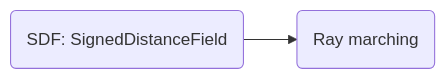
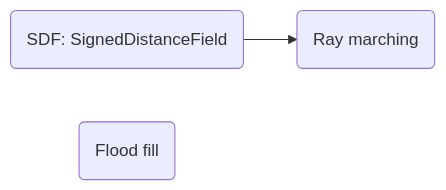
One commit to barryclark/jekyll-now changed the diagram in _includes/_shared_block/Algorithm/_graph.md. Above: the diagram before and after it, drawn with Mermaid.

Commit message:
update graph

````diff
--- a/_includes/_shared_block/Algorithm/_graph.md
+++ b/_includes/_shared_block/Algorithm/_graph.md
@@ -1,9 +1,11 @@
 ```mermaid
 graph LR
 
 SDF(SDF: SignedDistanceField)
 RayMarching(Ray marching)
 
+FloodFill(Flood fill)
+
 SDF --> RayMarching
 
 ```
````
